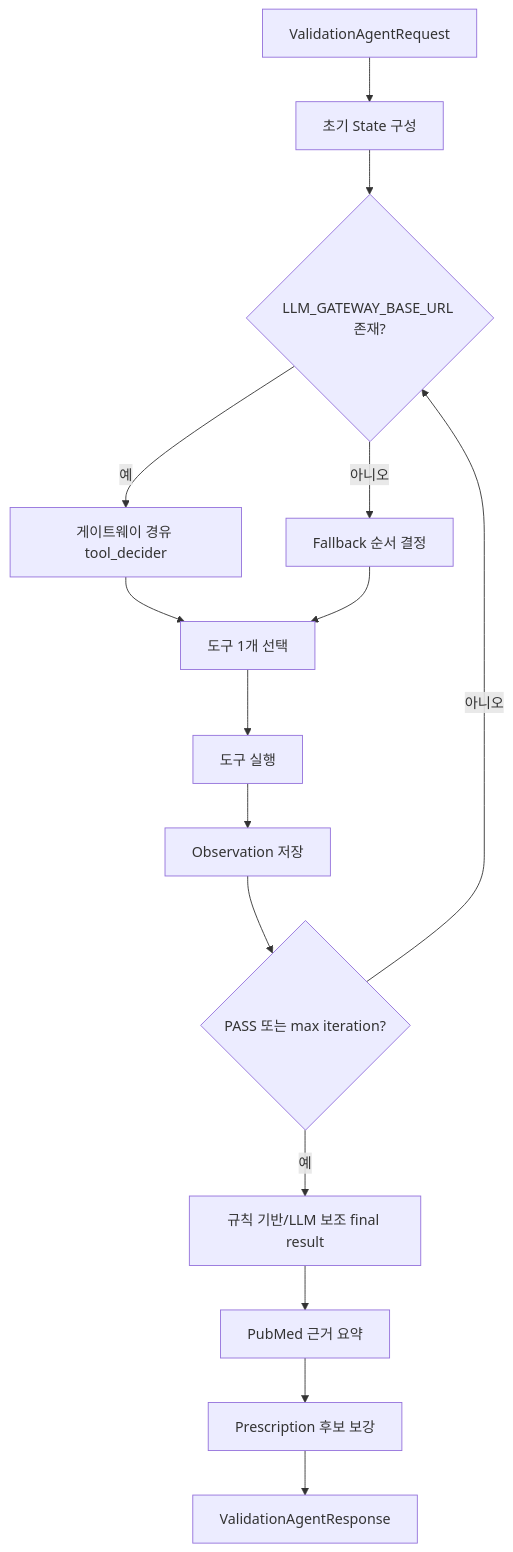
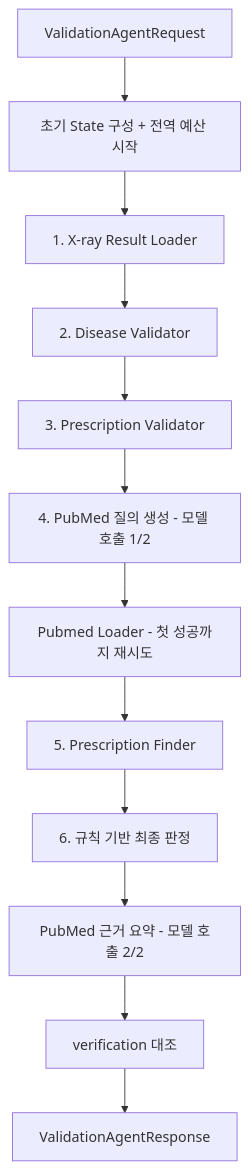
One commit to kjbddo/bitcomputer-emr changed the fifth of 7 diagrams in Docs/04-ai-services-and-agents.md. Above: the diagram before and after it, drawn with Mermaid. The commit also changed other lines of this file and 3 other files, not shown here.

First line of the commit message:
docs: ValidationAgent 설명을 실제 실행 구조(고정 파이프라인)로 정정

````diff
--- a/Docs/04-ai-services-and-agents.md
+++ b/Docs/04-ai-services-and-agents.md
@@ -126,17 +132,14 @@
 ```mermaid
 flowchart TD
-  A[ValidationAgentRequest] --> B[초기 State 구성]
-  B --> C{LLM_GATEWAY_BASE_URL 존재?}
-  C -->|예| D[게이트웨이 경유 tool_decider]
-  C -->|아니오| E[Fallback 순서 결정]
-  D --> F[도구 1개 선택]
-  E --> F
-  F --> G[도구 실행]
-  G --> H[Observation 저장]
-  H --> I{PASS 또는 max iteration?}
-  I -->|아니오| C
-  I -->|예| J[규칙 기반/LLM 보조 final result]
-  J --> K[PubMed 근거 요약]
-  K --> L[Prescription 후보 보강]
-  L --> M[ValidationAgentResponse]
+  A[ValidationAgentRequest] --> B[초기 State 구성 + 전역 예산 시작]
+  B --> C[1. X-ray Result Loader]
+  C --> D[2. Disease Validator]
+  D --> E[3. Prescription Validator]
+  E --> F[4. PubMed 질의 생성 - 모델 호출 1/2]
+  F --> G[Pubmed Loader - 첫 성공까지 재시도]
+  G --> H[5. Prescription Finder]
+  H --> I[6. 규칙 기반 최종 판정]
+  I --> J[PubMed 근거 요약 - 모델 호출 2/2]
+  J --> K[verification 대조]
+  K --> L[ValidationAgentResponse]
 ```
````
